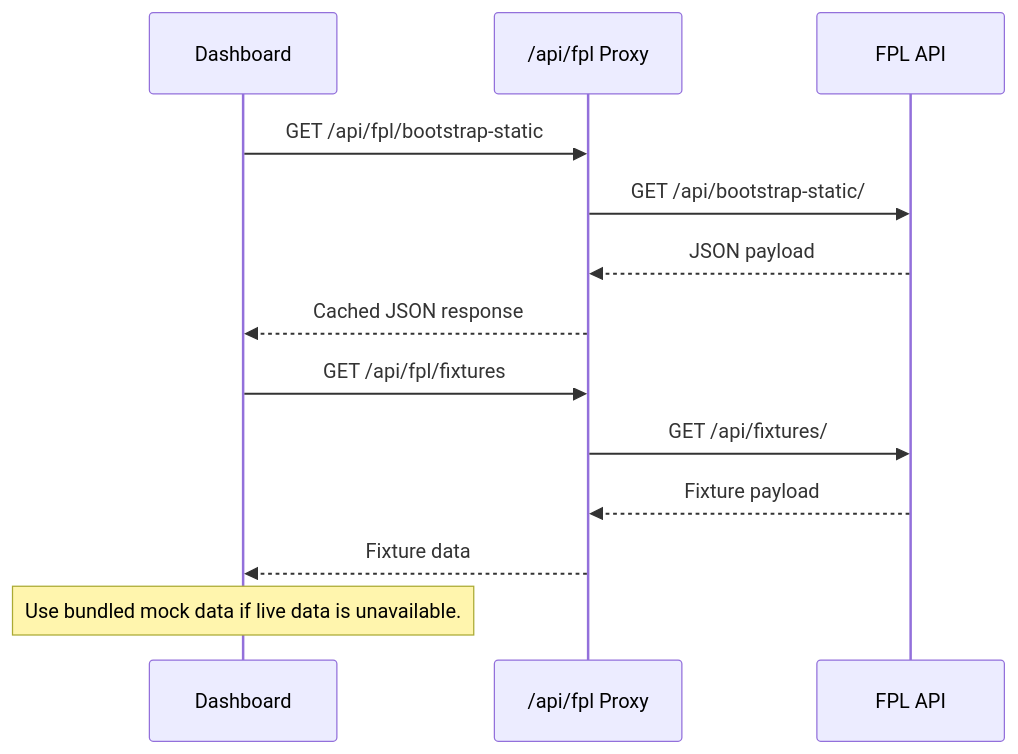
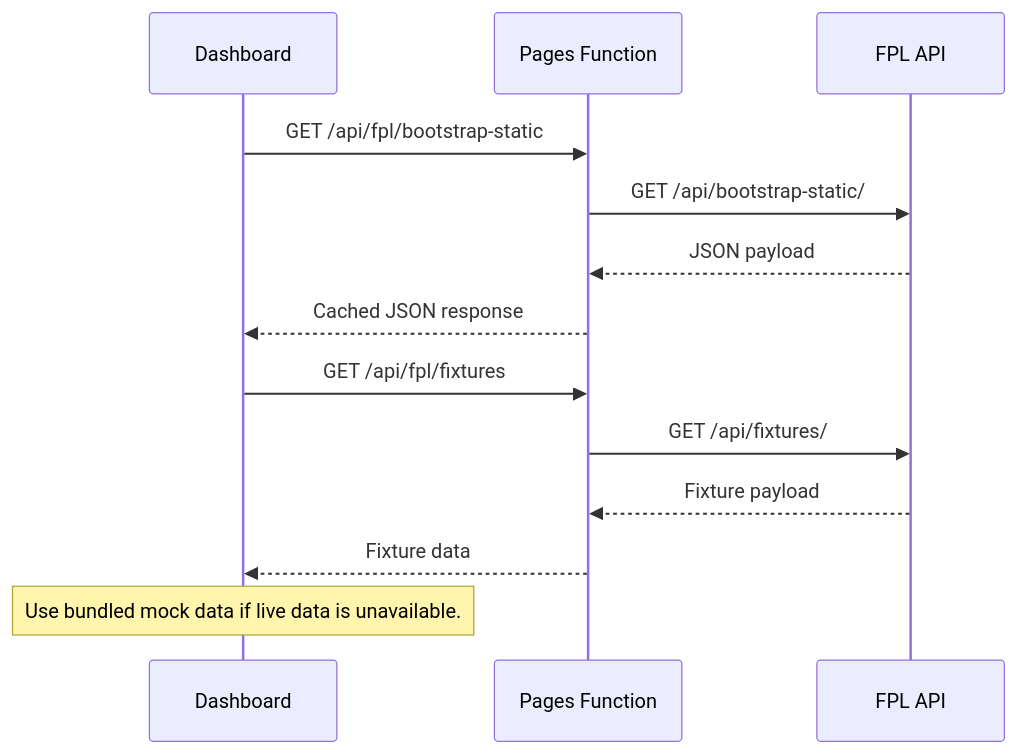
The second of 2 diagrams in README.md (robinmwaniki/fpl_analytics_Dashboard), drawn with Mermaid before and after one commit. The commit also changed other lines of this file and 11 other files, not shown here.

First line of the commit message:
release: deploy FPL dashboard on Cloudflare Pages (#19)

````diff
--- a/README.md
+++ b/README.md
@@ -60,15 +60,15 @@
 ```mermaid
 sequenceDiagram
     participant UI as Dashboard
-    participant Proxy as /api/fpl Proxy
+    participant FN as Pages Function
     participant FPL as FPL API
-    UI->>Proxy: GET /api/fpl/bootstrap-static
-    Proxy->>FPL: GET /api/bootstrap-static/
-    FPL-->>Proxy: JSON payload
-    Proxy-->>UI: Cached JSON response
-    UI->>Proxy: GET /api/fpl/fixtures
-    Proxy->>FPL: GET /api/fixtures/
-    FPL-->>Proxy: Fixture payload
-    Proxy-->>UI: Fixture data
+    UI->>FN: GET /api/fpl/bootstrap-static
+    FN->>FPL: GET /api/bootstrap-static/
+    FPL-->>FN: JSON payload
+    FN-->>UI: Cached JSON response
+    UI->>FN: GET /api/fpl/fixtures
+    FN->>FPL: GET /api/fixtures/
+    FPL-->>FN: Fixture payload
+    FN-->>UI: Fixture data
     Note over UI: Use bundled mock data if live data is unavailable.
 ```
````
